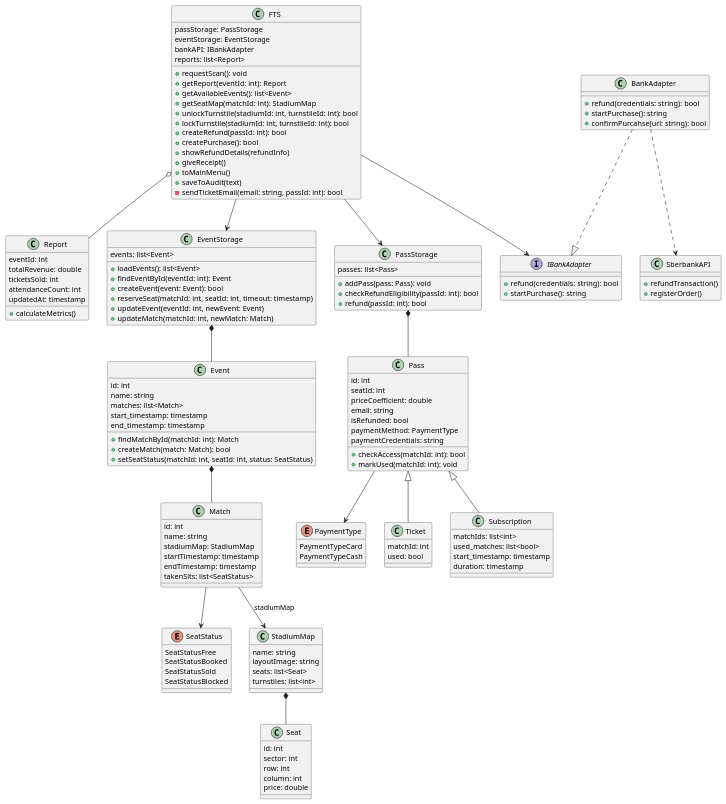
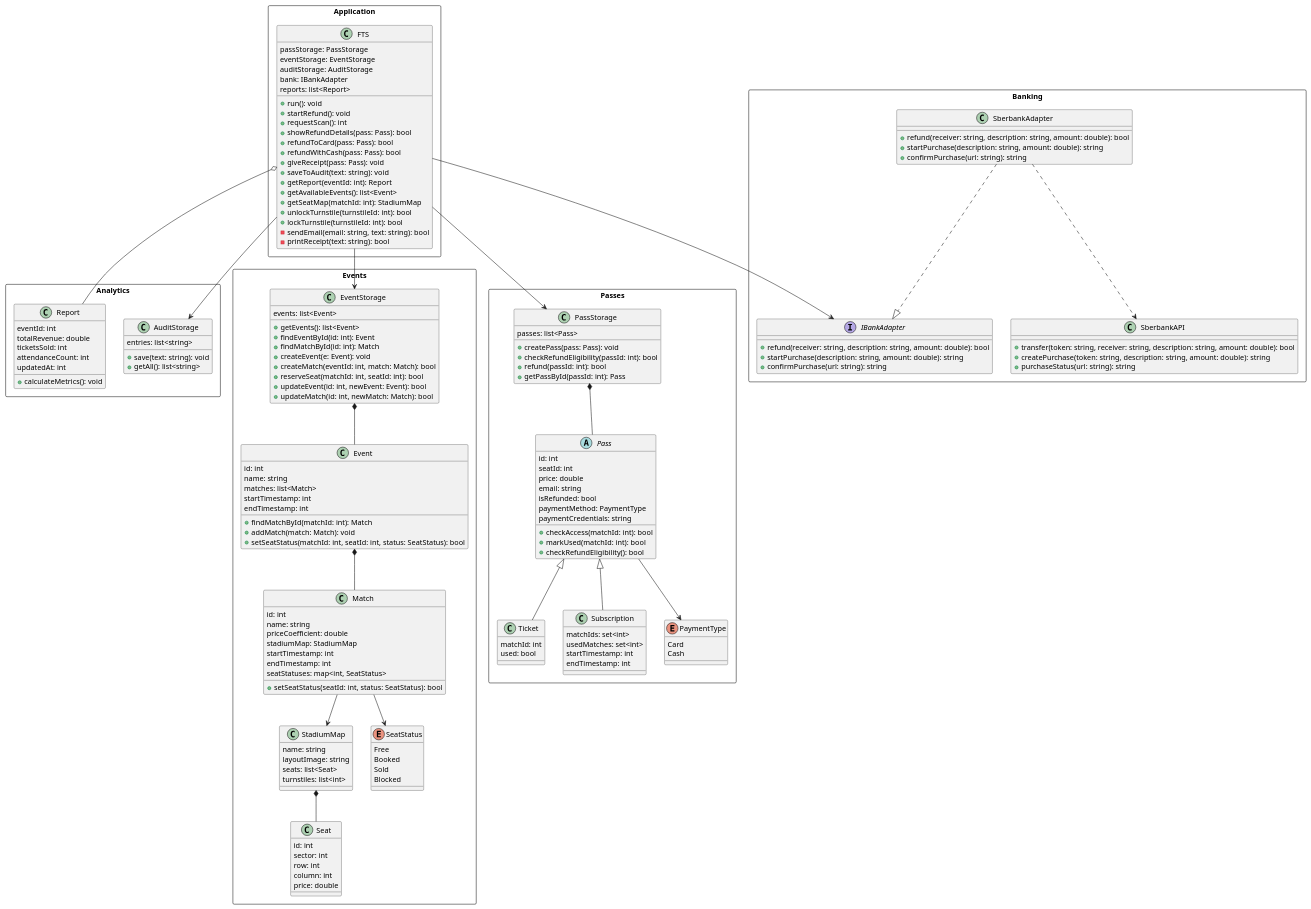
The diagram in Диаграмма Классов.md (penamarth/bsbo-11-24_team5_var10_football), drawn with PlantUML before and after one commit. The commit also changed 4 other files, not shown here.

Commit message:
Update diagrams

````diff
--- a/Диаграмма Классов.md
+++ b/Диаграмма Классов.md
@@ -3,155 +3,183 @@
 ```plantuml
 @startuml
-enum PaymentType {
-	PaymentTypeCard
-	PaymentTypeCash
+rectangle "Analytics" {
+	class AuditStorage {
+		entries: list<string>
+		+ save(text: string): void
+		+ getAll(): list<string>
+	}
+
+	class Report {
+		eventId: int
+		totalRevenue: double
+		ticketsSold: int
+		attendanceCount: int
+		updatedAt: int
+		+ calculateMetrics(): void
+	}
 }
 
-enum SeatStatus {
-	SeatStatusFree
-	SeatStatusBooked
-	SeatStatusSold
-	SeatStatusBlocked
+rectangle "Events" {
+	class EventStorage {
+		events: list<Event>
+		+ getEvents(): list<Event>
+		+ findEventById(id: int): Event
+		+ findMatchById(id: int): Match
+		+ createEvent(e: Event): void
+		+ createMatch(eventId: int, match: Match): bool
+		+ reserveSeat(matchId: int, seatId: int): bool
+		+ updateEvent(id: int, newEvent: Event): bool
+		+ updateMatch(id: int, newMatch: Match): bool
+	}
+	class Event {
+		id: int
+		name: string
+		matches: list<Match>
+		startTimestamp: int
+		endTimestamp: int
+		+ findMatchById(matchId: int): Match
+		+ addMatch(match: Match): void
+		+ setSeatStatus(matchId: int, seatId: int, status: SeatStatus): bool
+	}
+
+	class Match {
+		id: int
+		name: string
+		priceCoefficient: double
+		stadiumMap: StadiumMap
+		startTimestamp: int
+		endTimestamp: int
+		seatStatuses: map<int, SeatStatus>
+		+ setSeatStatus(seatId: int, status: SeatStatus): bool
+	}
+
+	class StadiumMap {
+		name: string
+		layoutImage: string
+		seats: list<Seat>
+		turnstiles: list<int>
+	}
+
+	class Seat {
+		id: int
+		sector: int
+		row: int
+		column: int
+		price: double
+	}
+
+	enum SeatStatus {
+		Free
+		Booked
+		Sold
+		Blocked
+	}
 }
 
-class FTS {
-	passStorage: PassStorage
-	eventStorage: EventStorage
-	bankAPI: IBankAdapter
-	reports: list<Report>
-	+ requestScan(): void
-	+ getReport(eventId: int): Report
-	+ getAvailableEvents(): list<Event>
-	+ getSeatMap(matchId: int): StadiumMap
-	+ unlockTurnstile(stadiumId: int, turnstileId: int): bool
-	+ lockTurnstile(stadiumId: int, turnstileId: int): bool
-	+ createRefund(passId: int): bool
-	+ createPurchase(): bool
-    + showRefundDetails(refundInfo)
-    + giveReceipt()
-    + toMainMenu()
-    + saveToAudit(text)
-	- sendTicketEmail(email: string, passId: int): bool
+rectangle "Passes" {
+	class PassStorage {
+		passes: list<Pass>
+		+ createPass(pass: Pass): void
+		+ checkRefundEligibility(passId: int): bool
+		+ refund(passId: int): bool
+		+ getPassById(passId: int): Pass
+	}
+
+	abstract class Pass {
+		id: int
+		seatId: int
+		price: double
+		email: string
+		isRefunded: bool
+		paymentMethod: PaymentType
+		paymentCredentials: string
+		+ checkAccess(matchId: int): bool
+		+ markUsed(matchId: int): bool
+		+ checkRefundEligibility(): bool
+	}
+
+	class Ticket extends Pass {
+		matchId: int
+		used: bool
+	}
+
+	class Subscription extends Pass {
+		matchIds: set<int>
+		usedMatches: set<int>
+		startTimestamp: int
+		endTimestamp: int
+	}
+
+
+	enum PaymentType {
+		Card
+		Cash
+	}
 }
 
-class Report {
-	eventId: int
-	totalRevenue: double
-	ticketsSold: int
-	attendanceCount: int
-	updatedAt: timestamp
-	+ calculateMetrics()
+
+rectangle "Banking" {
+	interface IBankAdapter {
+		+ refund(receiver: string, description: string, amount: double): bool
+		+ startPurchase(description: string, amount: double): string
+		+ confirmPurchase(url: string): string
+	}
+
+	class SberbankAdapter {
+		+ refund(receiver: string, description: string, amount: double): bool
+		+ startPurchase(description: string, amount: double): string
+		+ confirmPurchase(url: string): string
+	}
+
+	class SberbankAPI {
+		+ transfer(token: string, receiver: string, description: string, amount: double): bool
+		+ createPurchase(token: string, description: string, amount: double): string
+		+ purchaseStatus(url: string): string
+	}
 }
 
-class EventStorage {
-	events: list<Event>
-	+ loadEvents(): list<Event>
-	+ findEventById(eventId: int): Event
-	+ createEvent(event: Event): bool
-	+ reserveSeat(matchId: int, seatId: int, timeout: timestamp)
-	+ updateEvent(eventId: int, newEvent: Event)
-	+ updateMatch(matchId: int, newMatch: Match)
-}
-
-class Event {
-	id: int
-	name: string
-	matches: list<Match>
-	start_timestamp: timestamp
-	end_timestamp: timestamp
-	+ findMatchById(matchId: int): Match
-	+ createMatch(match: Match): bool
-	+ setSeatStatus(matchId: int, seatId: int, status: SeatStatus)
-}
-
-class Match {
-	id: int
-	name: string
-	stadiumMap: StadiumMap
-	startTimestamp: timestamp
-	endTimestamp: timestamp
-	takenSits: list<SeatStatus>
-}
-
-class StadiumMap {
-	name: string
-	layoutImage: string
-	seats: list<Seat>
-	turnstiles: list<int>
-}
-
-class Seat {
-	id: int
-	sector: int
-	row: int
-	column: int
-	price: double
-}
-
-class PassStorage {
-	passes: list<Pass>
-	+ addPass(pass: Pass): void
-	+ checkRefundEligibility(passId: int): bool
-	+ refund(passId: int): bool
-}
-
-interface IBankAdapter {
-	+ refund(credentials: string): bool
-	+ startPurchase(): string
-}
-
-class BankAdapter {
-	+ refund(credentials: string): bool
-	+ startPurchase(): string
-	+ confirmPurcahse(url: string): bool
-}
-
-class SberbankAPI {
-	+ refundTransaction()
-	+ registerOrder()
-}
-
-class Pass {
-	id: int
-	seatId: int
-	priceCoefficient: double
-	email: string
-	isRefunded: bool
-	paymentMethod: PaymentType
-	paymentCredentials: string
-	+ checkAccess(matchId: int): bool
-	+ markUsed(matchId: int): void
-}
-
-class Ticket extends Pass {
-	matchId: int
-	used: bool
-}
-
-class Subscription extends Pass {
-	matchIds: list<int>
-	used_matches: list<bool>
-	start_timestamp: timestamp
-	duration: timestamp
+rectangle "Application" {
+	class FTS {
+		passStorage: PassStorage
+		eventStorage: EventStorage
+		auditStorage: AuditStorage
+		bank: IBankAdapter
+		reports: list<Report>
+		+ run(): void
+		+ startRefund(): void
+		+ requestScan(): int
+		+ showRefundDetails(pass: Pass): bool
+		+ refundToCard(pass: Pass): bool
+		+ refundWithCash(pass: Pass): bool
+		+ giveReceipt(pass: Pass): void
+		+ saveToAudit(text: string): void
+		+ getReport(eventId: int): Report
+		+ getAvailableEvents(): list<Event>
+		+ getSeatMap(matchId: int): StadiumMap
+		+ unlockTurnstile(turnstileId: int): bool
+		+ lockTurnstile(turnstileId: int): bool
+		- sendEmail(email: string, text: string): bool
+		- printReceipt(text: string): bool
+	}
 }
 
 FTS --> EventStorage
 FTS --> PassStorage
+FTS --> AuditStorage
 FTS --> IBankAdapter
 FTS o-- Report
 
 PassStorage *-- Pass
-
 EventStorage *-- Event
 
 Event *-- Match
-Match --> StadiumMap : stadiumMap
+Match --> StadiumMap
 StadiumMap *-- Seat
 
 Pass --> PaymentType
 Match --> SeatStatus
 
-BankAdapter ..|> IBankAdapter
-BankAdapter ..> SberbankAPI
+SberbankAdapter ..|> IBankAdapter
+SberbankAdapter ..> SberbankAPI
 @enduml
 ```
````
